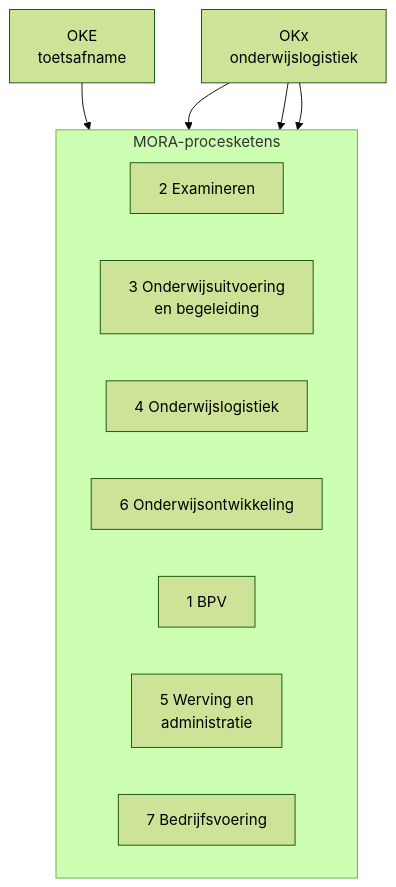
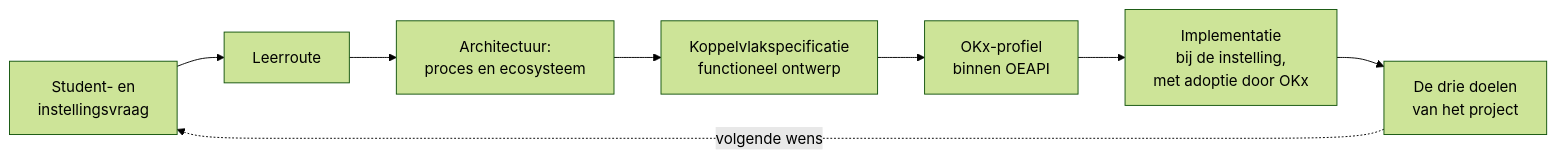
The third of 5 diagrams in doc/leesroute-okx.md (Npuls-OKx/meta), drawn with Mermaid (forest theme) before and after one commit. The commit also changed other lines of this file and 2 other files, not shown here.

First line of the commit message:
Leesroute: drie vragen, de MORA-plaat bij de scope en status in plaats van stand

````diff
--- a/doc/leesroute-okx.md
+++ b/doc/leesroute-okx.md
@@ -69,17 +120,10 @@
 ```mermaid
-flowchart TB
-  OKE["OKE<br/>toetsafname"] --> K2
-  OKX["OKx<br/>onderwijslogistiek"] --> K3
-  OKX --> K4
-  OKX --> K6
-  subgraph M["MORA-procesketens"]
-    direction LR
-    K1["1 BPV"]
-    K2["2 Examineren"]
-    K3["3 Onderwijsuitvoering<br/>en begeleiding"]
-    K4["4 Onderwijslogistiek"]
-    K5["5 Werving en<br/>administratie"]
-    K6["6 Onderwijsontwikkeling"]
-    K7["7 Bedrijfsvoering"]
-  end
+flowchart LR
+  V["Student- en<br/>instellingsvraag"] --> L["Leerroute"]
+  L --> A["Architectuur:<br/>proces en ecosysteem"]
+  A --> K["Koppelvlakspecificatie<br/>functioneel ontwerp"]
+  K --> P["OKx-profiel<br/>binnen OEAPI"]
+  P --> I["Implementatie<br/>bij de instelling,<br/>met adoptie door OKx"]
+  I --> D["De drie doelen<br/>van het project"]
+  D -.->|"volgende wens"| V
 ```
````
